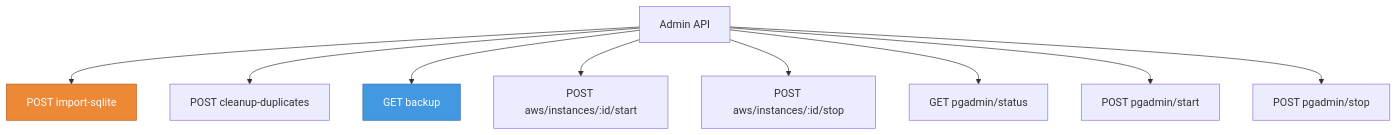
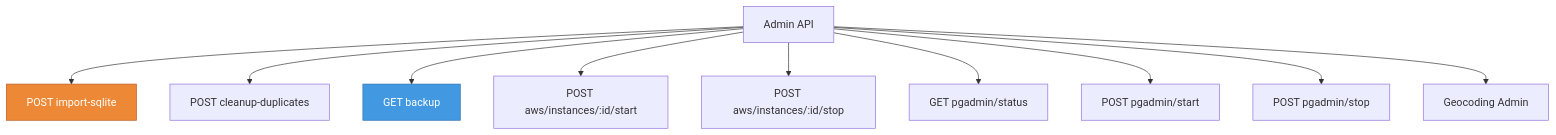
The eighth of 9 diagrams in .github/wiki/API-Reference.md (cyclonite69/shadowcheck-static), drawn with Mermaid before and after one commit. The commit also changed other lines of this file and 13 other files, not shown here.

````diff
--- a/.github/wiki/API-Reference.md
+++ b/.github/wiki/API-Reference.md
@@ -513,14 +513,15 @@
 ```mermaid
 graph TB
     A["Admin API"] --> B["POST import-sqlite"]
     A --> C["POST cleanup-duplicates"]
     A --> D["GET backup"]
     A --> E["POST aws/instances/:id/start"]
     A --> F["POST aws/instances/:id/stop"]
     A --> G["GET pgadmin/status"]
     A --> H["POST pgadmin/start"]
     A --> I["POST pgadmin/stop"]
+    A --> J["Geocoding Admin"]
 
     style B fill:#ed8936,stroke:#c05621,color:#fff
     style D fill:#4299e1,stroke:#2b6cb0,color:#fff
 ```
````
